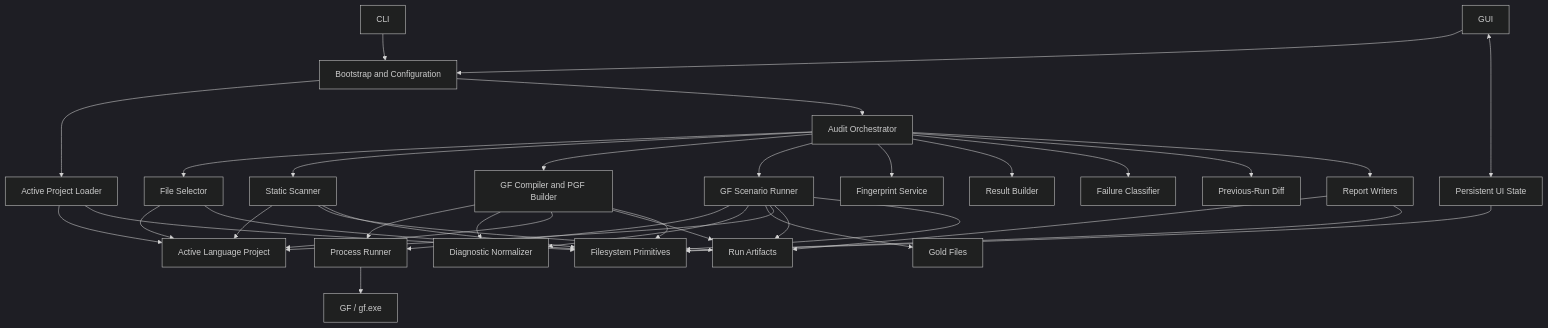
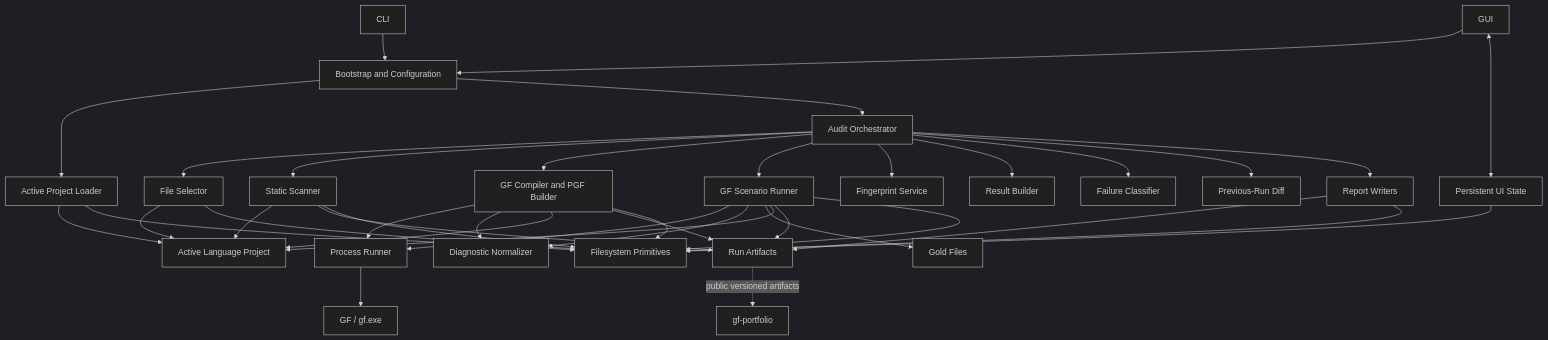
Before and after one commit to MA-Gustave/GF_Wordbench: the diagram in docs/architecture/COMPONENT_MAP.md, drawn with Mermaid (dark theme). The commit also changed other lines of this file and 121 other files, not shown here.

````diff
--- a/docs/architecture/COMPONENT_MAP.md
+++ b/docs/architecture/COMPONENT_MAP.md
@@ -123,68 +131,70 @@
 ```mermaid
 flowchart TD
     CLI[CLI]
     GUI[GUI]
     STATE[Persistent UI State]
     BOOT[Bootstrap and Configuration]
     PCONF[Active Project Loader]
     CORE[Audit Orchestrator]
     SELECT[File Selector]
     SCAN[Static Scanner]
     COMP[GF Compiler and PGF Builder]
     SCEN[GF Scenario Runner]
     PROC[Process Runner]
     GF[GF / gf.exe]
     DIAG[Diagnostic Normalizer]
     BUILD[Result Builder]
     CLASS[Failure Classifier]
     FP[Fingerprint Service]
     DIFF[Previous-Run Diff]
     REPORTS[Report Writers]
     FS[Filesystem Primitives]
     PROJECT[Active Language Project]
     GOLD[Gold Files]
     RUN[Run Artifacts]
+    PORTFOLIO[gf-portfolio]
 
     CLI --> BOOT
     GUI --> BOOT
     GUI <--> STATE
     BOOT --> PCONF
     PCONF --> PROJECT
     BOOT --> CORE
 
     CORE --> SELECT
     CORE --> SCAN
     CORE --> COMP
     CORE --> SCEN
     CORE --> FP
     CORE --> BUILD
     CORE --> CLASS
     CORE --> DIFF
     CORE --> REPORTS
 
     COMP --> PROC
     SCEN --> PROC
     PROC --> GF
 
     COMP --> DIAG
     SCEN --> DIAG
     SCEN --> GOLD
 
     SELECT --> PROJECT
     SCAN --> PROJECT
     COMP --> PROJECT
     SCEN --> PROJECT
 
     SCAN --> RUN
     COMP --> RUN
     SCEN --> RUN
     REPORTS --> RUN
+    RUN -. public versioned artifacts .-> PORTFOLIO
 
     STATE --> FS
     PCONF --> FS
     SELECT --> FS
     SCAN --> FS
     COMP --> FS
     SCEN --> FS
     REPORTS --> FS
 ```
````
